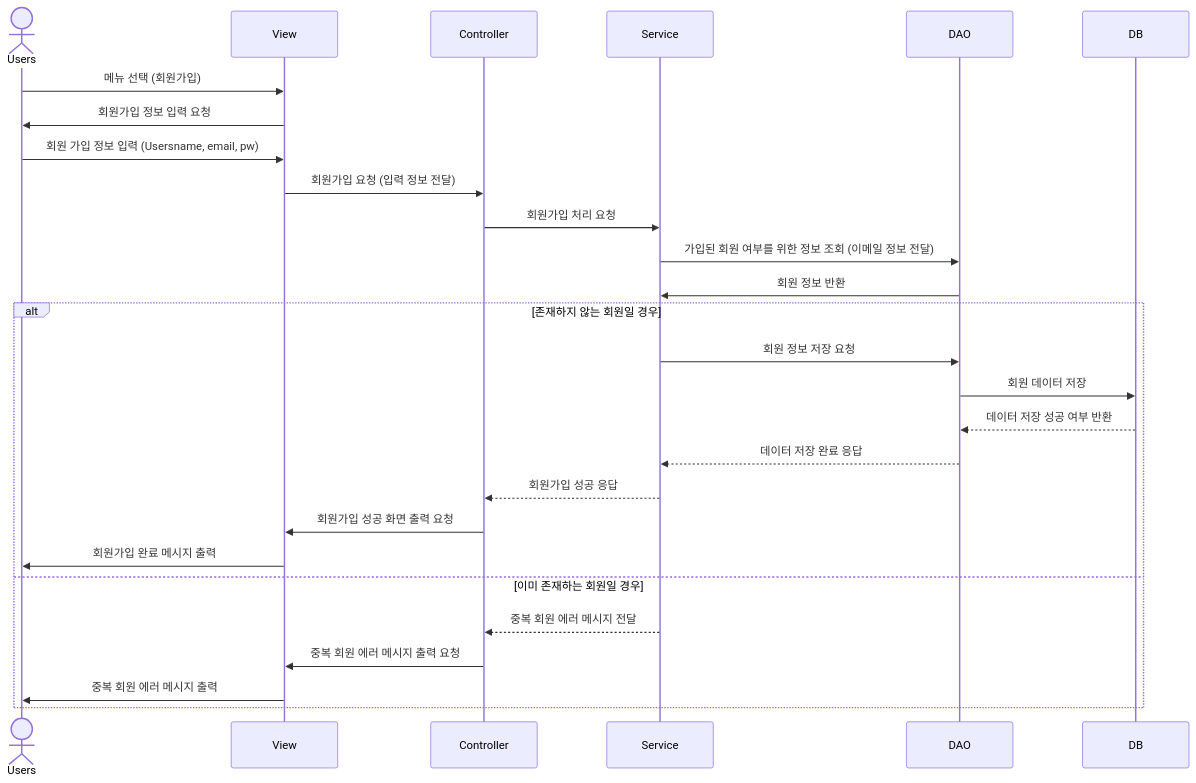
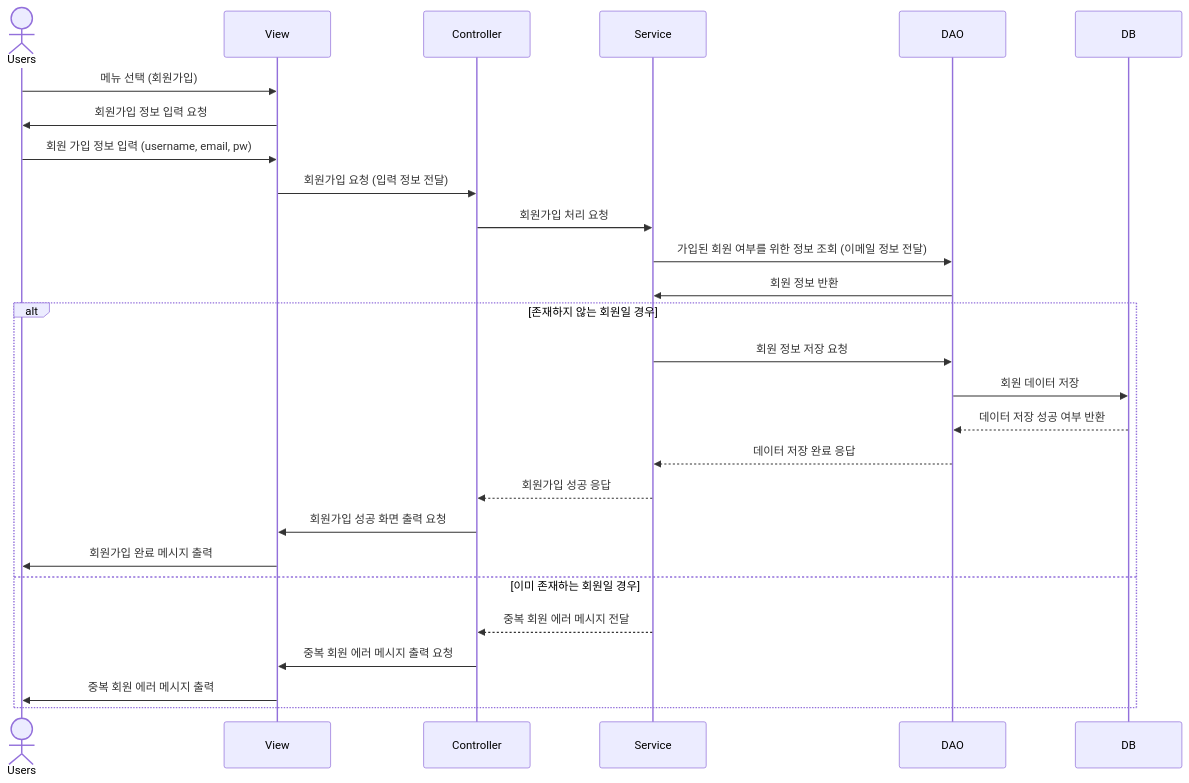
Before and after one commit to www-author/java-todolist: the first of 7 diagrams in README.md, drawn with Mermaid. The commit also changed other lines of this file, not shown here.

Commit message:
docs : 투두 리스트 시퀀스 다이어그램 수정

````diff
--- a/README.md
+++ b/README.md
@@ -18,29 +18,29 @@
 ```mermaid
 sequenceDiagram
     actor Users
     participant View
     participant Controller
     participant Service
     participant DAO
     participant DB
     Users ->> View: 메뉴 선택 (회원가입)
     View ->> Users: 회원가입 정보 입력 요청
-    Users ->> View: 회원 가입 정보 입력 (Usersname, email, pw)
+    Users ->> View: 회원 가입 정보 입력 (username, email, pw)
     View ->> Controller: 회원가입 요청 (입력 정보 전달)
     Controller ->> Service: 회원가입 처리 요청
     Service ->> DAO: 가입된 회원 여부를 위한 정보 조회 (이메일 정보 전달)
     DAO ->> Service : 회원 정보 반환
     alt 존재하지 않는 회원일 경우
         Service ->> DAO : 회원 정보 저장 요청
         DAO ->> DB: 회원 데이터 저장
         DB -->> DAO: 데이터 저장 성공 여부 반환
         DAO -->> Service: 데이터 저장 완료 응답
         Service -->> Controller: 회원가입 성공 응답
         Controller ->> View: 회원가입 성공 화면 출력 요청
         View ->> Users: 회원가입 완료 메시지 출력
     else 이미 존재하는 회원일 경우
         Service -->> Controller: 중복 회원 에러 메시지 전달
         Controller ->> View: 중복 회원 에러 메시지 출력 요청
         View ->> Users: 중복 회원 에러 메시지 출력
     end
 ```
````
